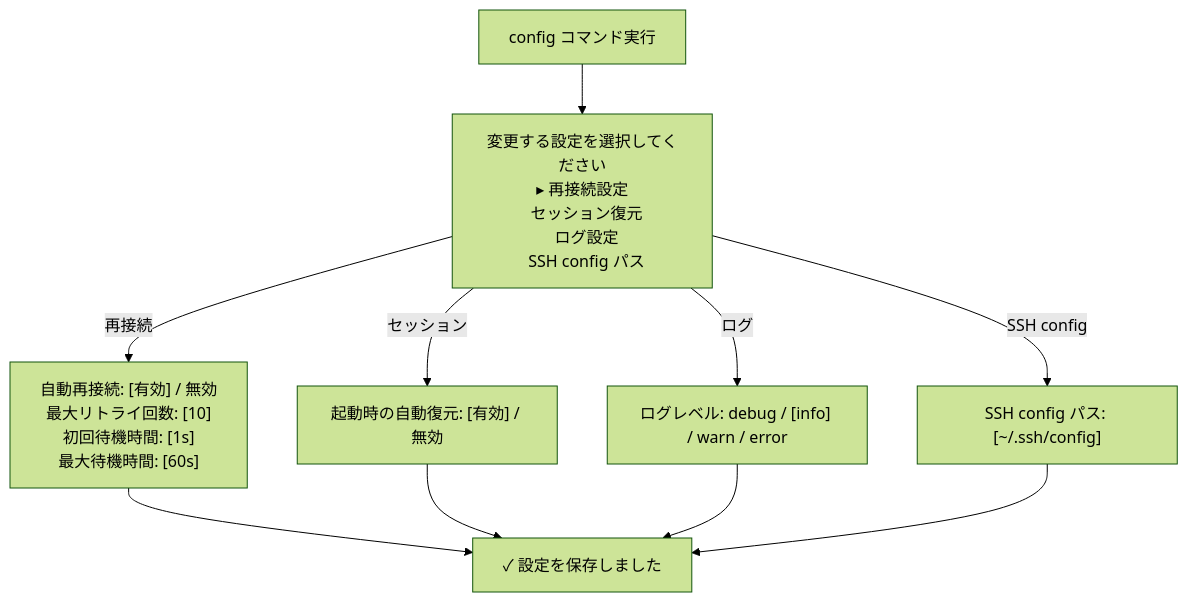
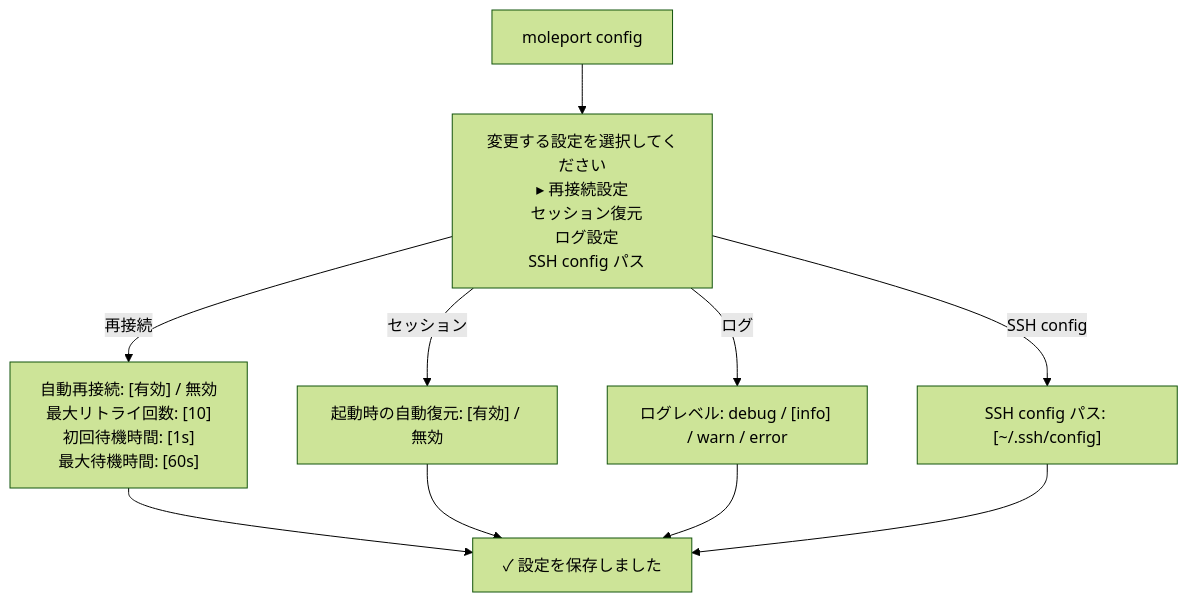
Before and after one commit to ousiassllc/MolePort: the second of 2 diagrams in docs/commands/overview.md, drawn with Mermaid (forest theme). The commit also changed other lines of this file, not shown here.

````diff
--- a/docs/commands/overview.md
+++ b/docs/commands/overview.md
@@ -137,20 +320,20 @@
 ```mermaid
 flowchart TD
-    Start["config コマンド実行"] --> SelectCategory
+    Start["moleport config"] --> SelectCategory
     SelectCategory["変更する設定を選択してください<br/>▸ 再接続設定<br/>  セッション復元<br/>  ログ設定<br/>  SSH config パス"]
 
     SelectCategory -->|再接続| Reconnect
     SelectCategory -->|セッション| Session
     SelectCategory -->|ログ| LogCfg
     SelectCategory -->|SSH config| SSHPath
 
     Reconnect["自動再接続: [有効] / 無効<br/>最大リトライ回数: [10]<br/>初回待機時間: [1s]<br/>最大待機時間: [60s]"]
     Session["起動時の自動復元: [有効] / 無効"]
     LogCfg["ログレベル: debug / [info] / warn / error"]
     SSHPath["SSH config パス: [~/.ssh/config]"]
 
     Reconnect --> Saved["✓ 設定を保存しました"]
     Session --> Saved
     LogCfg --> Saved
     SSHPath --> Saved
 ```
````
